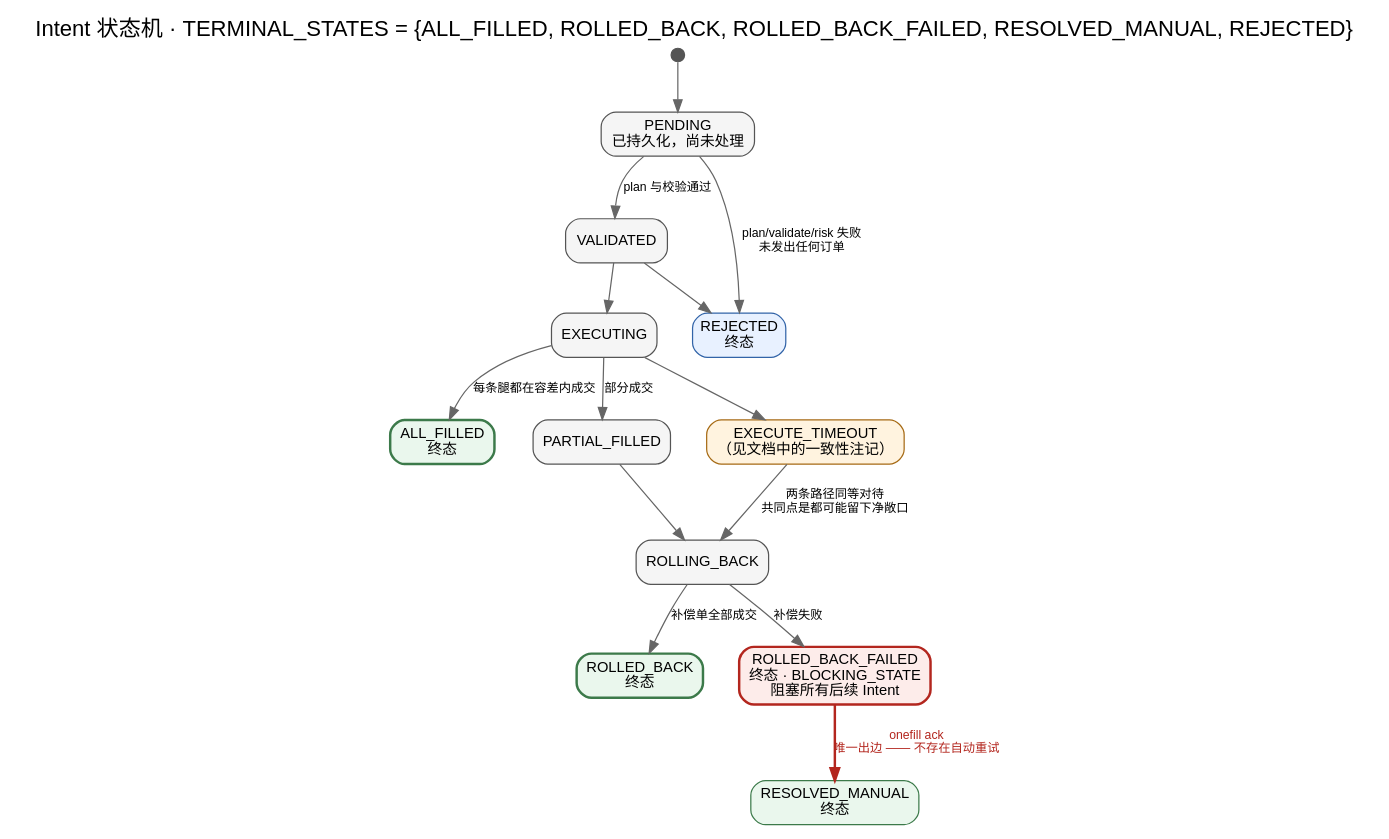
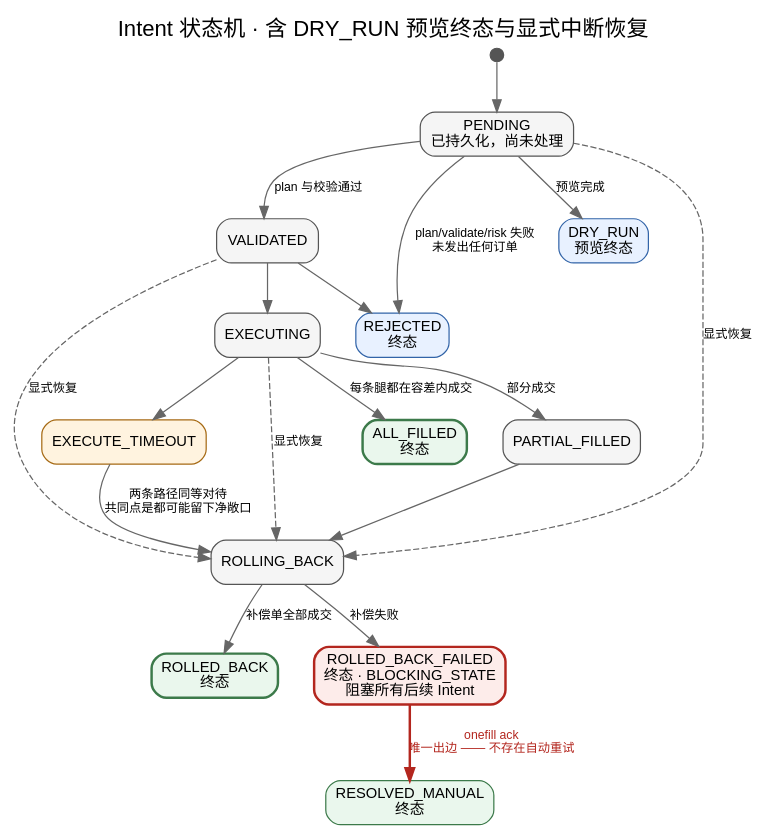
The diagram in docs/assets/base-state-machine-intent.dot (0xkayne/OmniTrade), drawn with Graphviz before and after one commit. The commit also changed 97 other files, not shown here.

```diff
--- a/docs/assets/base-state-machine-intent.dot
+++ b/docs/assets/base-state-machine-intent.dot
@@ -1,46 +1,51 @@
 // 状态机（Intent 级）—— 含唯一的阻断态与其人工出边
 // 源码位置：src/coordinator/state_machine.py（_TRANSITIONS 是合法转移的权威来源）
 // 重新生成：scripts/render_diagrams.sh base-state-machine-intent
 
 digraph base_state_machine_intent {
   graph [
     fontname="Helvetica", fontsize="18",
     rankdir=TB, compound=true, nodesep=0.4, ranksep=0.55,
     labelloc="t",
-    label="Intent 状态机 · TERMINAL_STATES = {ALL_FILLED, ROLLED_BACK, ROLLED_BACK_FAILED, RESOLVED_MANUAL, REJECTED}"
+    label="Intent 状态机 · 含 DRY_RUN 预览终态与显式中断恢复"
   ];
   node [fontname="Helvetica", fontsize="12", shape=box, style="rounded,filled",
         fillcolor="#f5f5f5", color="#555555"];
   edge [fontname="Helvetica", fontsize="10", color="#666666"];
 
   start [label="", shape=circle, width=0.15, style=filled, fillcolor="#555555", color="#555555"];
   pending   [label="PENDING\n已持久化，尚未处理"];
   validated [label="VALIDATED"];
   executing [label="EXECUTING"];
   rejected  [label="REJECTED\n终态", fillcolor="#e8f1ff", color="#3264a8"];
+  dryrun [label="DRY_RUN\n预览终态", fillcolor="#e8f1ff", color="#3264a8"];
   allfilled [label="ALL_FILLED\n终态", fillcolor="#eaf7ed", color="#3c7a4a", penwidth=2];
   partial   [label="PARTIAL_FILLED"];
-  timeout   [label="EXECUTE_TIMEOUT\n（见文档中的一致性注记）", fillcolor="#fff3df", color="#a66a14"];
+  timeout   [label="EXECUTE_TIMEOUT", fillcolor="#fff3df", color="#a66a14"];
   rolling   [label="ROLLING_BACK"];
   rolled    [label="ROLLED_BACK\n终态", fillcolor="#eaf7ed", color="#3c7a4a", penwidth=2];
   failed    [label="ROLLED_BACK_FAILED\n终态 · BLOCKING_STATE\n阻塞所有后续 Intent",
              fillcolor="#fdecea", color="#b3261e", penwidth=2];
   resolved  [label="RESOLVED_MANUAL\n终态", fillcolor="#eaf7ed", color="#3c7a4a"];
 
   start -> pending;
   pending   -> validated [label="plan 与校验通过"];
+  pending -> dryrun [label="预览完成"];
+  pending -> rolling [label="显式恢复", style=dashed];
+  validated -> rolling [label="显式恢复", style=dashed];
+  executing -> rolling [label="显式恢复", style=dashed];
   pending   -> rejected  [label="plan/validate/risk 失败\n未发出任何订单"];
   validated -> executing;
   validated -> rejected;
   executing -> allfilled [label="每条腿都在容差内成交"];
   executing -> partial   [label="部分成交"];
   executing -> timeout;
 
   partial -> rolling;
   timeout -> rolling [label="两条路径同等对待\n共同点是都可能留下净敞口"];
   rolling -> rolled  [label="补偿单全部成交"];
   rolling -> failed  [label="补偿失败"];
 
   failed -> resolved [label="onefill ack\n唯一出边 —— 不存在自动重试",
                       style=bold, color="#b3261e", fontcolor="#b3261e"];
 }
```
